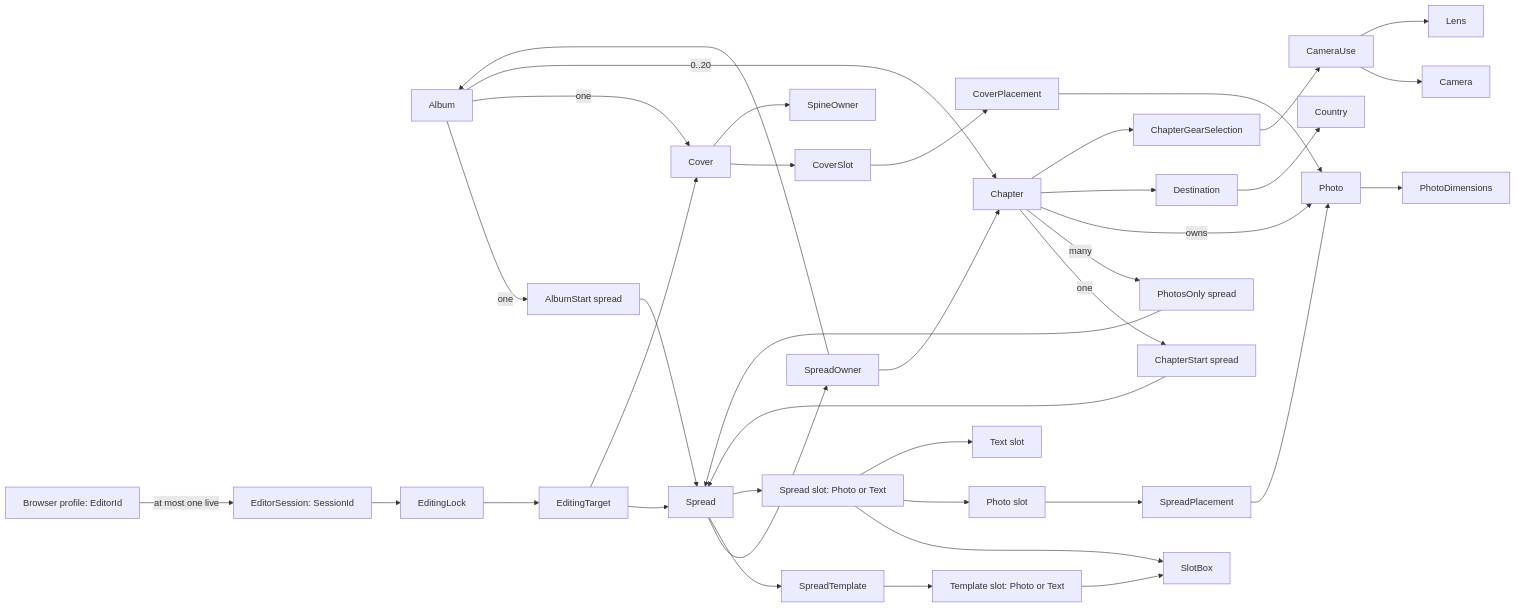
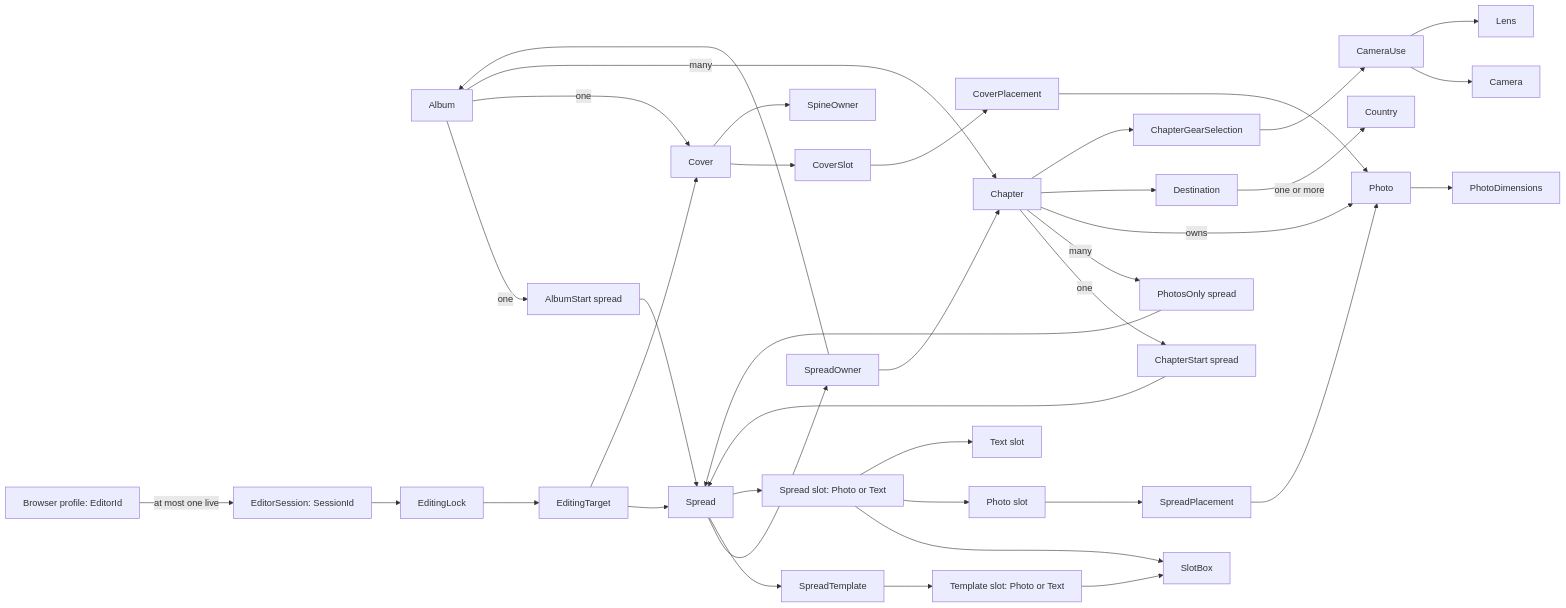
Before and after one commit to Shepherd-s-Den/photography: the diagram in specs/design.md, drawn with Mermaid. The commit also changed other lines of this file and 4 other files, not shown here.

````diff
--- a/specs/design.md
+++ b/specs/design.md
@@ -19,31 +35,31 @@
 ```mermaid
 flowchart LR
   Album -->|one| AlbumStart["AlbumStart spread"]
   Album -->|one| Cover
-  Album -->|0..20| Chapter
+  Album -->|many| Chapter
   Chapter -->|one| ChapterStart["ChapterStart spread"]
   Chapter -->|many| PhotosOnly["PhotosOnly spread"]
   Chapter -->|owns| Photo
-  Chapter --> Destination --> Country
+  Chapter --> Destination -->|one or more| Country
   Photo --> PhotoDimensions
   AlbumStart & ChapterStart & PhotosOnly --> Spread
   Spread --> SpreadOwner
   SpreadOwner --> Album
   SpreadOwner --> Chapter
   Spread --> SpreadTemplate
   SpreadTemplate --> TemplateSlot["Template slot: Photo or Text"] --> SlotBox
   Spread --> SpreadSlot["Spread slot: Photo or Text"]
   SpreadSlot --> SlotBox
   SpreadSlot --> PhotoSlot["Photo slot"]
   SpreadSlot --> TextSlot["Text slot"]
   PhotoSlot --> SpreadPlacement --> Photo
   Cover --> CoverSlot --> CoverPlacement --> Photo
   Cover --> SpineOwner
   Chapter --> ChapterGearSelection --> CameraUse
   CameraUse --> Camera
   CameraUse --> Lens
   EditorId["Browser profile: EditorId"] -->|at most one live| EditorSession["EditorSession: SessionId"]
   EditorSession --> EditingLock --> EditingTarget
   EditingTarget --> Spread
   EditingTarget --> Cover
 ```
````
